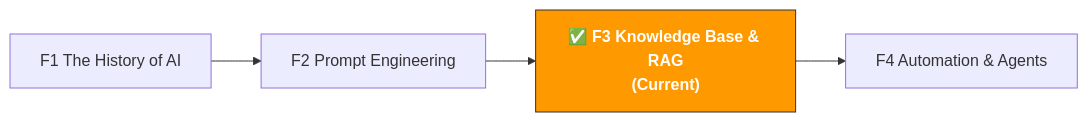
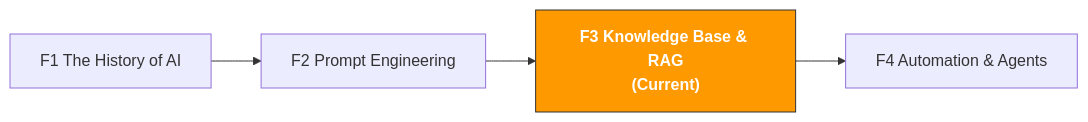
Before and after one commit to kangise/ecommerce-ai-roadmap: the diagram in en/paths/0-foundations/f3-rag-knowledge.md, drawn with Mermaid. The commit also changed other lines of this file and 185 other files, not shown here.

````diff
--- a/en/paths/0-foundations/f3-rag-knowledge.md
+++ b/en/paths/0-foundations/f3-rag-knowledge.md
@@ -15,11 +15,11 @@
 ```mermaid
 flowchart LR
-    F1["F1 The History of AI"]
-    F1 --> F2
-    F2["F2 Prompt Engineering"]
-    F2 --> F3
-    F3["✅ F3 Knowledge Base & RAG<br/>(Current)"]:::current
-    F3 --> F4
-    F4["F4 Automation & Agents"]
-    classDef current fill:#ff9900,stroke:#333,color:#fff,font-weight:bold
+F1["F1 The History of AI"]
+F1 --> F2
+F2["F2 Prompt Engineering"]
+F2 --> F3
+F3[" F3 Knowledge Base & RAG<br/>(Current)"]:::current
+F3 --> F4
+F4["F4 Automation & Agents"]
+classDef current fill:#ff9900,stroke:#333,color:#fff,font-weight:bold
 ```
````
